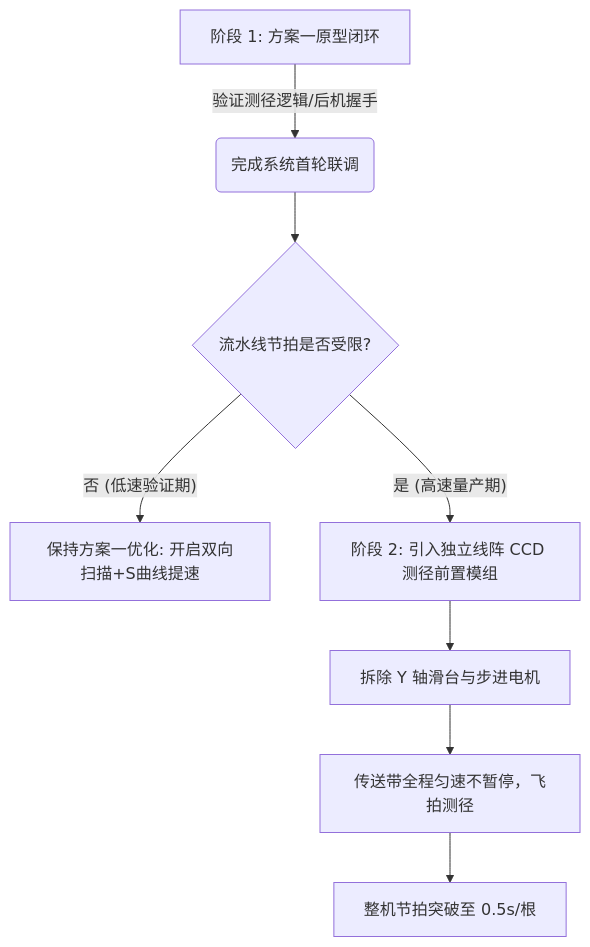
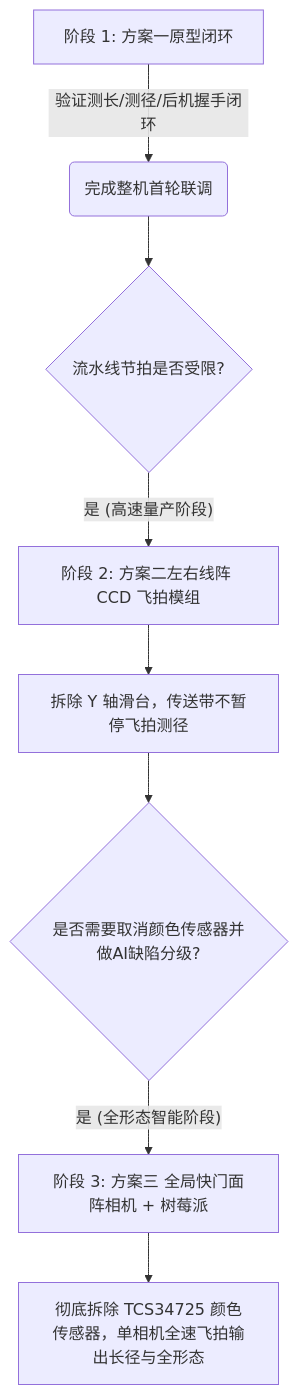
Before and after one commit to voicevon/thin_wall: the diagram in head/wiki/01_how_to_measure_diameter.md, drawn with Mermaid. The commit also changed other lines of this file and 8 other files, not shown here.

````diff
--- a/head/wiki/01_how_to_measure_diameter.md
+++ b/head/wiki/01_how_to_measure_diameter.md
@@ -282,10 +302,10 @@
 ```mermaid
 flowchart TD
-    A[阶段 1: 方案一原型闭环] -->|验证测径逻辑/后机握手| B(完成系统首轮联调)
+    A[阶段 1: 方案一原型闭环] -->|验证测长/测径/后机握手闭环| B(完成整机首轮联调)
     B --> C{流水线节拍是否受限?}
-    C -- 否 (低速验证期) --> D[保持方案一优化: 开启双向扫描+S曲线提速]
-    C -- 是 (高速量产期) --> E[阶段 2: 引入独立线阵 CCD 测径前置模组]
-    E --> F[拆除 Y 轴滑台与步进电机]
-    F --> G[传送带全程匀速不暂停，飞拍测径]
-    G --> H[整机节拍突破至 0.5s/根]
+    C -- 是 (高速量产阶段) --> D[阶段 2: 方案二左右线阵 CCD 飞拍模组]
+    D --> E[拆除 Y 轴滑台，传送带不暂停飞拍测径]
+    E --> F{是否需要取消颜色传感器并做AI缺陷分级?}
+    F -- 是 (全形态智能阶段) --> G[阶段 3: 方案三 全局快门面阵相机 + 树莓派]
+    G --> H[彻底拆除 TCS34725 颜色传感器，单相机全速飞拍输出长径与全形态]
 ```
````
